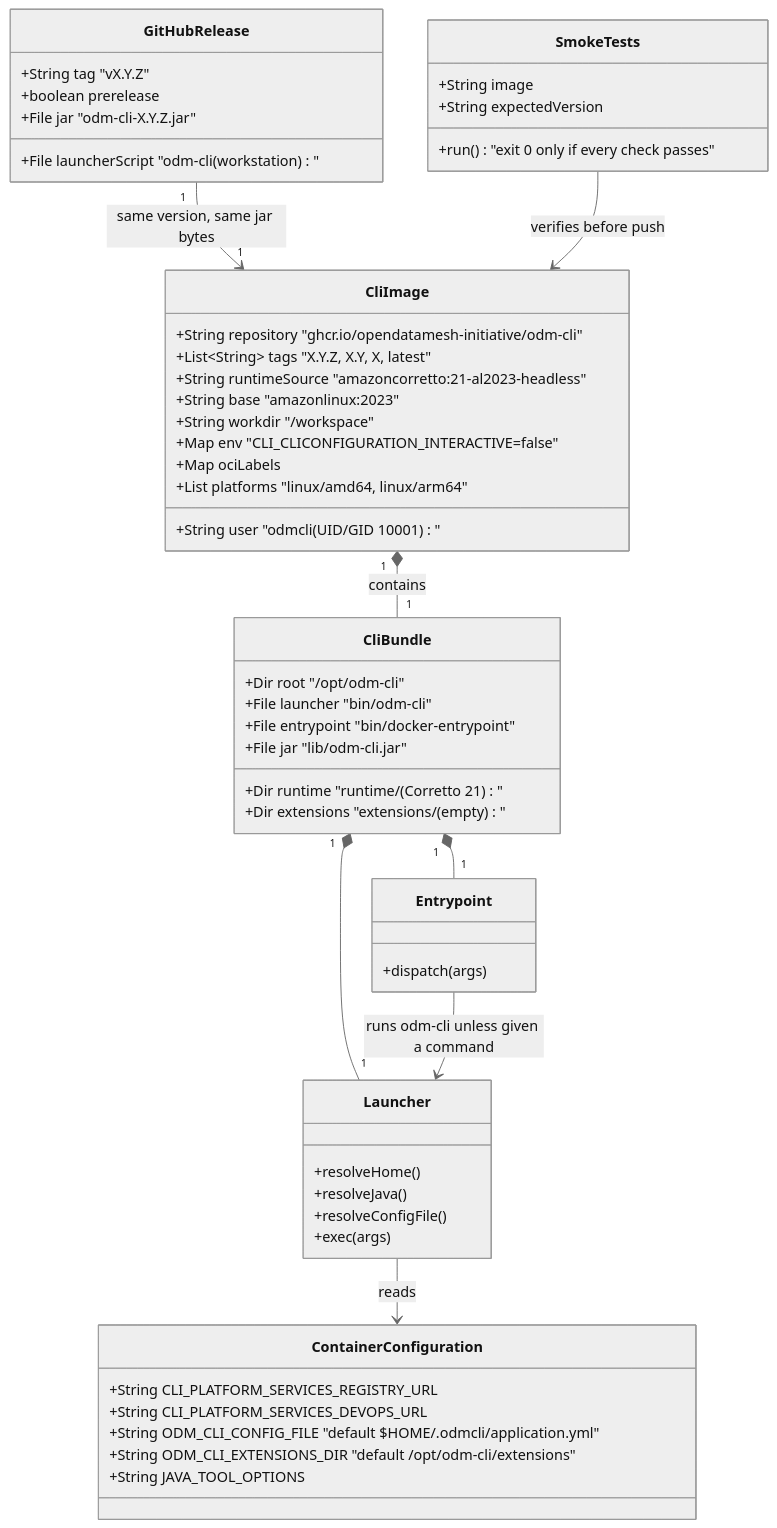
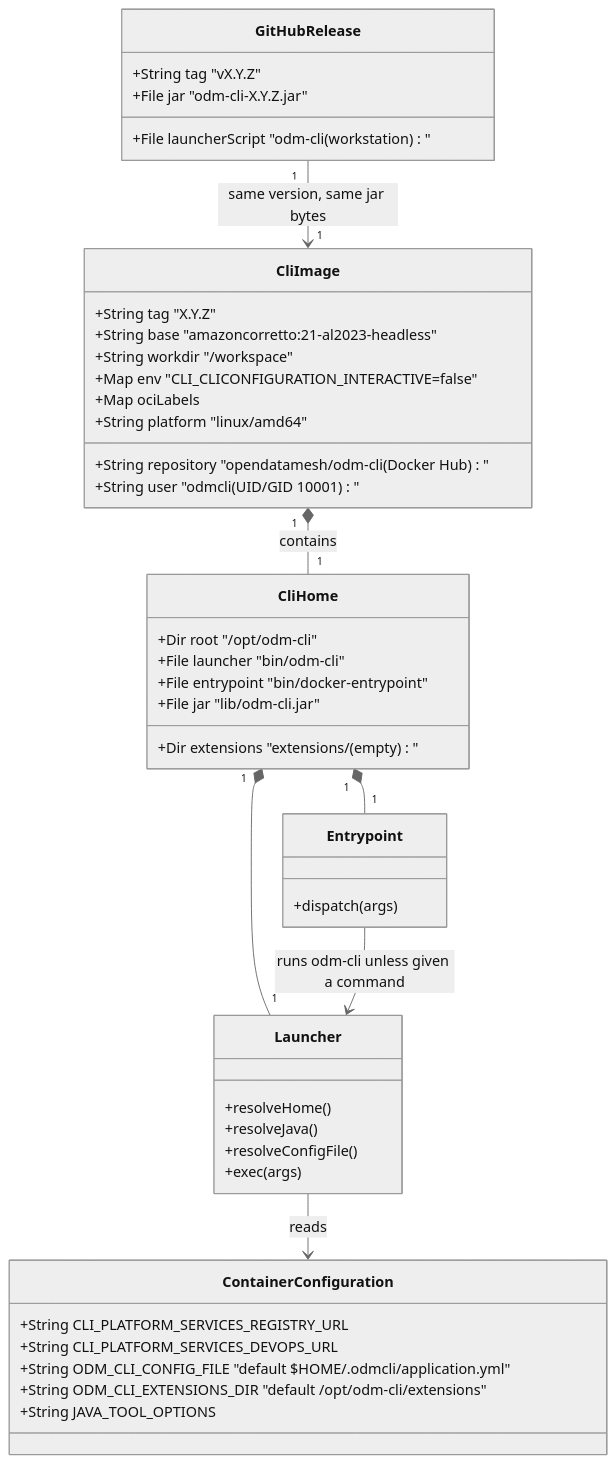
Before and after one commit to opendatamesh-initiative/odm-cli: the diagram in spdd/prompt/BDMD-5443-202611021728-[Feat]-docker-cli-image.md, drawn with Mermaid (neutral theme). The commit also changed other lines of this file and 32 other files, not shown here.

````diff
--- a/spdd/prompt/BDMD-5443-202611021728-[Feat]-docker-cli-image.md
+++ b/spdd/prompt/BDMD-5443-202611021728-[Feat]-docker-cli-image.md
@@ -14,65 +16,55 @@
 ```mermaid
 classDiagram
 direction TB
 
 class GitHubRelease {
     +String tag  "vX.Y.Z"
-    +boolean prerelease
     +File jar  "odm-cli-X.Y.Z.jar"
     +File launcherScript  "odm-cli (workstation)"
 }
 
 class CliImage {
-    +String repository  "ghcr.io/opendatamesh-initiative/odm-cli"
-    +List~String~ tags  "X.Y.Z, X.Y, X, latest"
-    +String runtimeSource  "amazoncorretto:21-al2023-headless"
-    +String base  "amazonlinux:2023"
+    +String repository  "opendatamesh/odm-cli (Docker Hub)"
+    +String tag  "X.Y.Z"
+    +String base  "amazoncorretto:21-al2023-headless"
     +String user  "odmcli (UID/GID 10001)"
     +String workdir  "/workspace"
     +Map env  "CLI_CLICONFIGURATION_INTERACTIVE=false"
     +Map ociLabels
-    +List platforms  "linux/amd64, linux/arm64"
+    +String platform  "linux/amd64"
 }
 
-class CliBundle {
+class CliHome {
     +Dir root  "/opt/odm-cli"
     +File launcher  "bin/odm-cli"
     +File entrypoint  "bin/docker-entrypoint"
     +File jar  "lib/odm-cli.jar"
-    +Dir runtime  "runtime/ (Corretto 21)"
     +Dir extensions  "extensions/ (empty)"
 }
 
 class Launcher {
     +resolveHome()
     +resolveJava()
     +resolveConfigFile()
     +exec(args)
 }
 
 class Entrypoint {
     +dispatch(args)
 }
 
 class ContainerConfiguration {
     +String CLI_PLATFORM_SERVICES_REGISTRY_URL
     +String CLI_PLATFORM_SERVICES_DEVOPS_URL
     +String ODM_CLI_CONFIG_FILE  "default $HOME/.odmcli/application.yml"
     +String ODM_CLI_EXTENSIONS_DIR  "default /opt/odm-cli/extensions"
     +String JAVA_TOOL_OPTIONS
 }
 
-class SmokeTests {
-    +String image
-    +String expectedVersion
-    +run()  "exit 0 only if every check passes"
-}
-
 GitHubRelease "1" --> "1" CliImage : same version, same jar bytes
-CliImage "1" *-- "1" CliBundle : contains
-CliBundle "1" *-- "1" Launcher
-CliBundle "1" *-- "1" Entrypoint
+CliImage "1" *-- "1" CliHome : contains
+CliHome "1" *-- "1" Launcher
+CliHome "1" *-- "1" Entrypoint
 Entrypoint --> Launcher : runs odm-cli unless given a command
 Launcher --> ContainerConfiguration : reads
-SmokeTests --> CliImage : verifies before push
 ```
````
